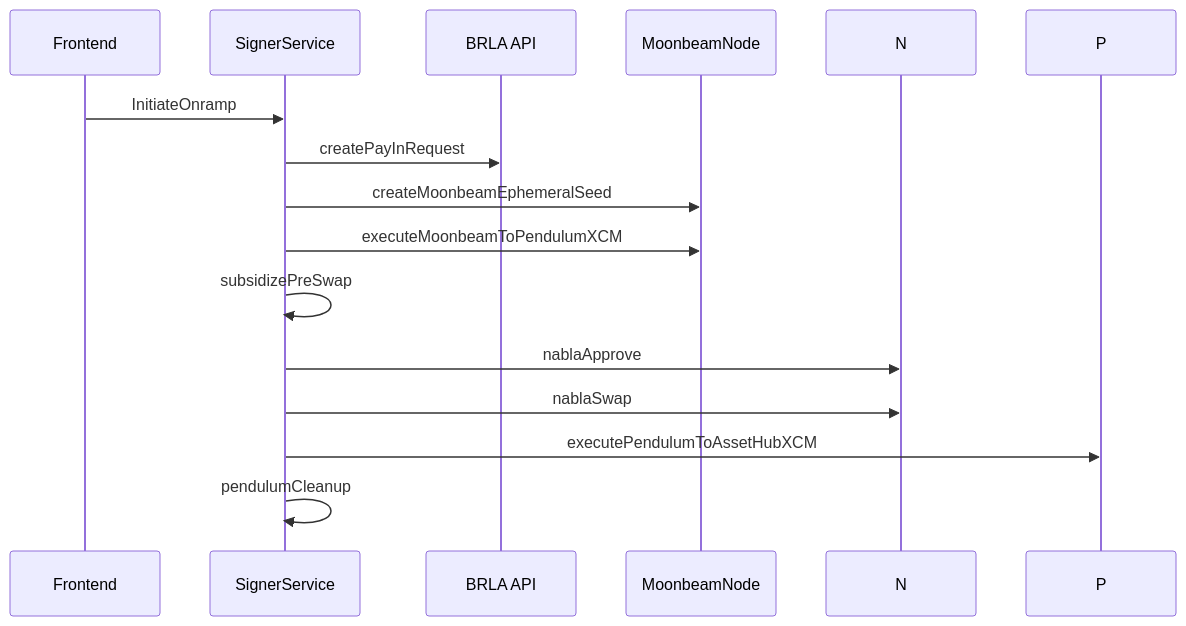
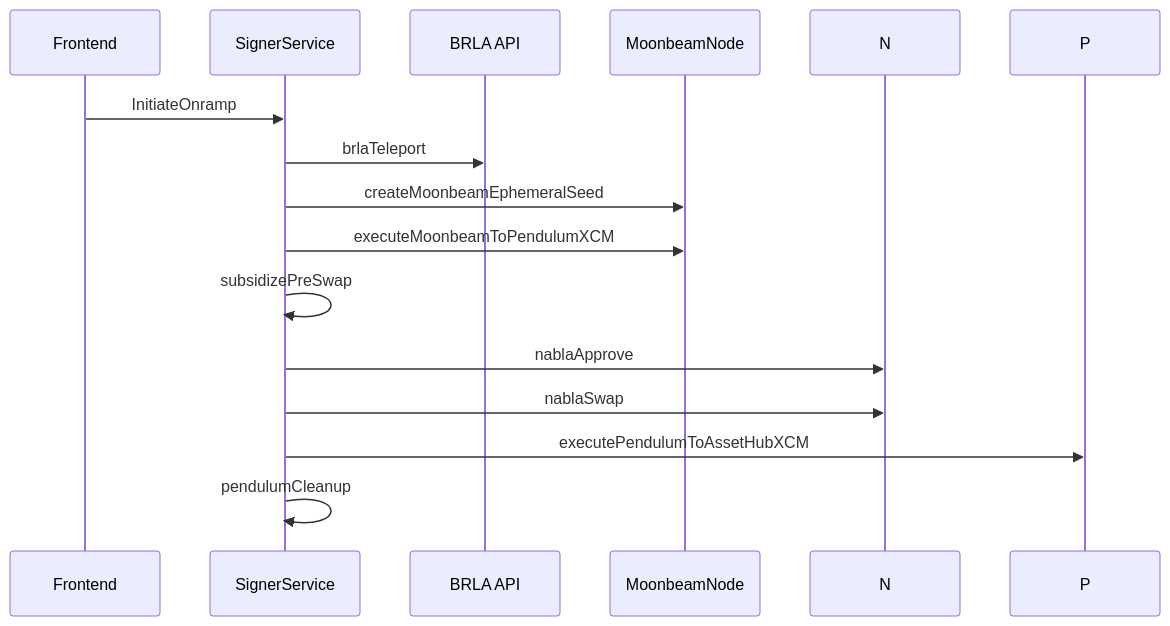
The third of 3 diagrams in memory-bank/phases.md (pendulum-chain/vortex), drawn with Mermaid before and after one commit. The commit also changed 9 other files, not shown here.

Commit message:
finish phase messages, rename payInRequest phase and handler, change sequence time shift constant

````diff
--- a/memory-bank/phases.md
+++ b/memory-bank/phases.md
@@ -57,17 +57,17 @@
 ```mermaid
 sequenceDiagram
     participant F as Frontend
     participant S as SignerService
     participant B as BRLA API
     participant M as MoonbeamNode
 
     F->>S: InitiateOnramp
-    S->>B: createPayInRequest
+    S->>B: brlaTeleport
     S->>M: createMoonbeamEphemeralSeed
     S->>M: executeMoonbeamToPendulumXCM
     S->>S: subsidizePreSwap
     S->>N: nablaApprove
     S->>N: nablaSwap
     S->>P: executePendulumToAssetHubXCM
     S->>S: pendulumCleanup
 ```
````
